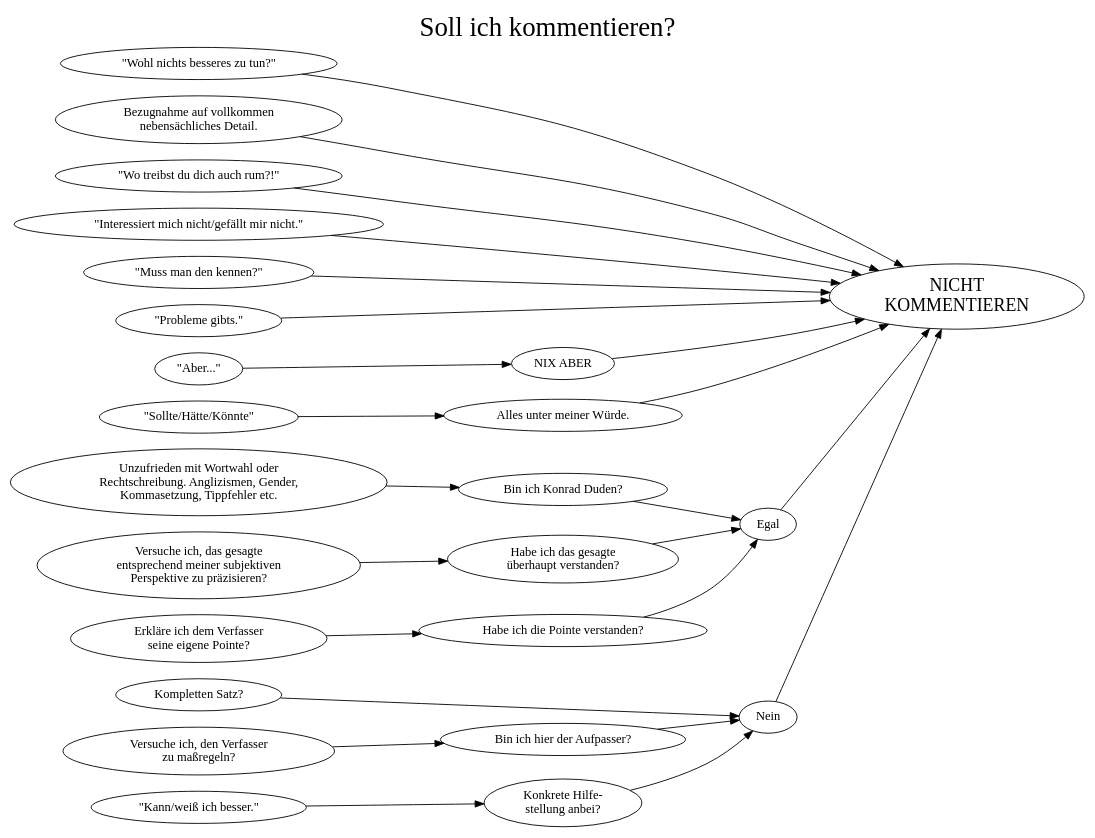
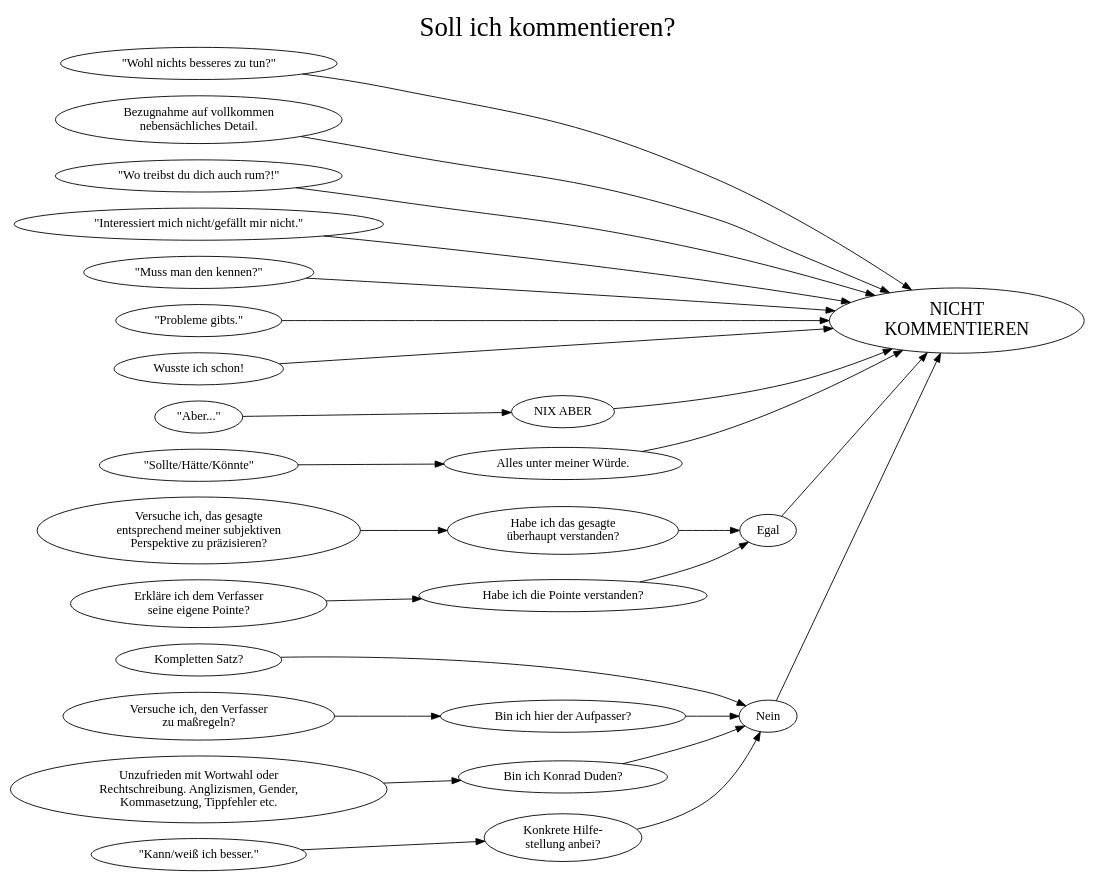
The diagram in kommentieren.dot (mschmitt/kommentieren), drawn with Graphviz before and after one commit.

Commit message:
WUSSTE ICH SCHON

```diff
--- a/kommentieren.dot
+++ b/kommentieren.dot
@@ -1,71 +1,73 @@
 digraph foo {
 	labelloc="t";
 	rankdir="LR";
 	label="Soll ich kommentieren?";
 	fontsize="30pt";
 
 	// Replies
 	{ rank = same;
 	r01 [label="Kompletten Satz?"];
 	r02 [label="Versuche ich, den Verfasser\nzu maßregeln?"];
 	r03 [label="\"Wohl nichts besseres zu tun?\""];
 	r04 [label="\"Kann/weiß ich besser.\""];
 	r05 [label="Erkläre ich dem Verfasser\nseine eigene Pointe?"];
 	r06 [label="\"Sollte/Hätte/Könnte\""];
 	r07 [label="Bezugnahme auf vollkommen\nnebensächliches Detail."];
 	r08 [label="\"Aber...\""];
 	r09 [label="\"Wo treibst du dich auch rum?!\""];
 	r10 [label="\"Interessiert mich nicht/gefällt mir nicht.\""];
 	r11 [label="Versuche ich, das gesagte\nentsprechend meiner subjektiven\nPerspektive zu präzisieren?"];
 	r12 [label="\"Muss man den kennen?\""];
 	r13 [label="\"Probleme gibts.\""];
 	r14 [label="Unzufrieden mit Wortwahl oder\nRechtschreibung. Anglizismen, Gender,\nKommasetzung, Tippfehler etc."];
+	r15 [label="Wusste ich schon!"];
 	};
 
 	// Intermediate Step 1
 	{ rank = same;
 	i01 [label="Konkrete Hilfe-\nstellung anbei?"];
 	i02 [label="NIX ABER"];
 	i03 [label="Habe ich die Pointe verstanden?"];
 	i04 [label="Bin ich hier der Aufpasser?"];
 	i05 [label="Alles unter meiner Würde."];
 	i06 [label="Bin ich Konrad Duden?"];
 	i07 [label="Habe ich das gesagte\nüberhaupt verstanden?"];
 	};
 
 	// Intermediate Step 2
 	{ rank = same;
 	j02 [label="Nein"];
 	j03 [label="Egal"];
 	};
 
 	// Conclusions
 	{ rank = same;
 	cn [label="NICHT\nKOMMENTIEREN" fontsize=20];
 	};
 
 	// Relations
 	r01 -> j02;
 	r02 -> i04;
 	r03 -> cn;
 	r06 -> i05;
 	i05 -> cn;
 	r07 -> cn;
 	r04 -> i01;
 	r05 -> i03;
 	r11 -> i07;
 	i01 -> j02;
 	i04 -> j02;
 	i02 -> cn;
 	r09 -> cn;
 	i03 -> j03;
 	j03 -> cn;
 	r10 -> cn;
 	r08 -> i02;
 	j02 -> cn;
 	r12 -> cn;
 	r13 -> cn;
 	r14 -> i06;
-	i06 -> j03;
+	i06 -> j02;
 	i07 -> j03;
+	r15 -> cn;
 }
```
